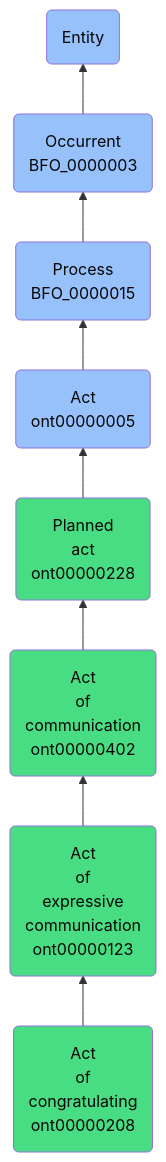
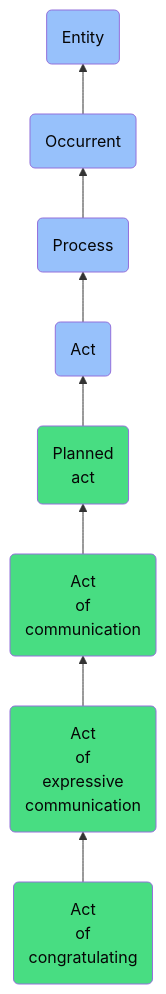
One commit to jupyter-naas/abi changed the diagram in docs/ontology/reference/model/Entity/Occurrent/Process/Act/Planned act/Act of communication/Act of expressive communication/Act of congratulating/Act of congratulating.md. Above: the diagram before and after it, drawn with Mermaid. The commit also changed other lines of this file and 1430 other files, not shown here.

````diff
--- a/docs/ontology/reference/model/Entity/Occurrent/Process/Act/Planned act/Act of communication/Act of expressive communication/Act of congratulating/Act of congratulating.md
+++ b/docs/ontology/reference/model/Entity/Occurrent/Process/Act/Planned act/Act of communication/Act of expressive communication/Act of congratulating/Act of congratulating.md
@@ -24,15 +24,15 @@
 ```mermaid
 graph BT
-    ont00000208(Act<br>of<br>congratulating<br>ont00000208):::ABI-->ont00000123
-    ont00000123(Act<br>of<br>expressive<br>communication<br>ont00000123):::ABI-->ont00000402
-    ont00000402(Act<br>of<br>communication<br>ont00000402):::ABI-->ont00000228
-    ont00000228(Planned<br>act<br>ont00000228):::ABI-->ont00000005
-    ont00000005(Act<br>ont00000005):::BFO-->BFO_0000015
-    BFO_0000015(Process<br>BFO_0000015):::BFO-->BFO_0000003
-    BFO_0000003(Occurrent<br>BFO_0000003):::BFO-->BFO_0000001
+    ont00000208(Act<br>of<br>congratulating):::ABI-->ont00000123
+    ont00000123(Act<br>of<br>expressive<br>communication):::ABI-->ont00000402
+    ont00000402(Act<br>of<br>communication):::ABI-->ont00000228
+    ont00000228(Planned<br>act):::ABI-->ont00000005
+    ont00000005(Act):::BFO-->BFO_0000015
+    BFO_0000015(Process):::BFO-->BFO_0000003
+    BFO_0000003(Occurrent):::BFO-->BFO_0000001
     BFO_0000001(Entity):::BFO
     
     classDef BFO fill:#97c1fb,color:#060606
     classDef CCO fill:#e4c51e,color:#060606
     classDef ABI fill:#48DD82,color:#060606
 ```
````
